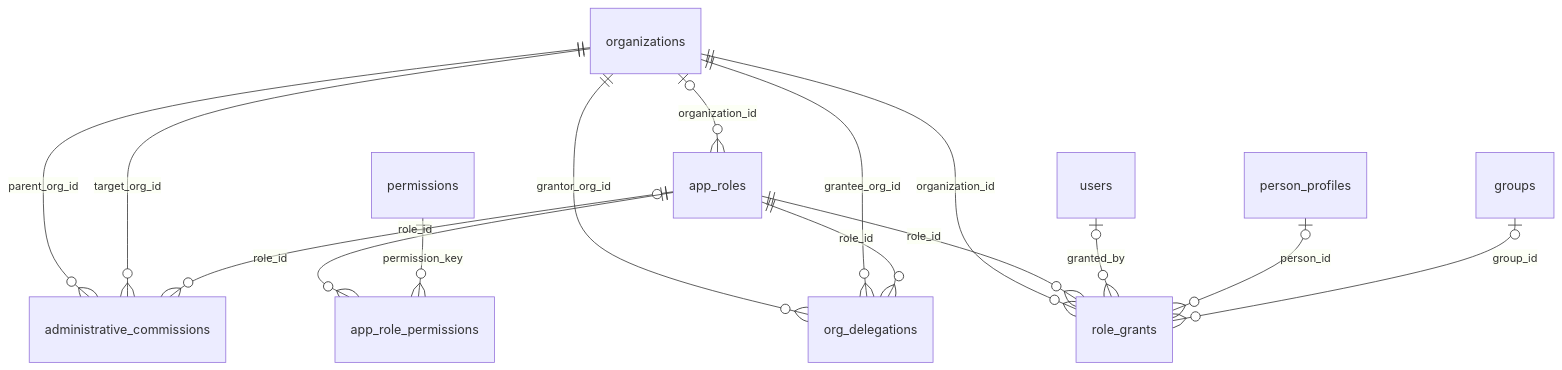
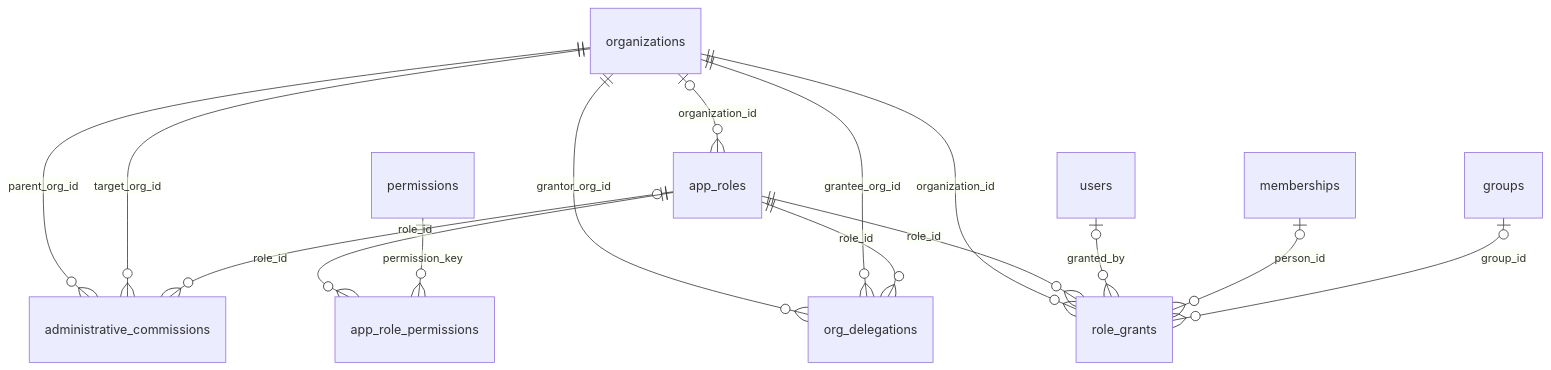
The seventh of 9 diagrams in docs/schema-design.md (chenson42/presby), drawn with Mermaid before and after one commit. The commit also changed other lines of this file and 13 other files, not shown here.

First line of the commit message:
refactor(schema): link person data directly to people, add memberships

````diff
--- a/docs/schema-design.md
+++ b/docs/schema-design.md
@@ -196,17 +192,17 @@
 ```mermaid
 erDiagram
   organizations ||--o{ administrative_commissions : "parent_org_id"
   organizations ||--o{ administrative_commissions : "target_org_id"
   app_roles |o--o{ administrative_commissions : "role_id"
   app_roles ||--o{ app_role_permissions : "role_id"
   permissions ||--o{ app_role_permissions : "permission_key"
   organizations |o--o{ app_roles : "organization_id"
   organizations ||--o{ org_delegations : "grantor_org_id"
   organizations ||--o{ org_delegations : "grantee_org_id"
   app_roles ||--o{ org_delegations : "role_id"
   organizations ||--o{ role_grants : "organization_id"
   app_roles ||--o{ role_grants : "role_id"
   users |o--o{ role_grants : "granted_by"
-  person_profiles |o--o{ role_grants : "person_id"
+  memberships |o--o{ role_grants : "person_id"
   groups |o--o{ role_grants : "group_id"
 ```
````
